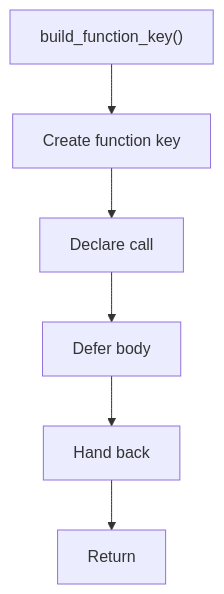
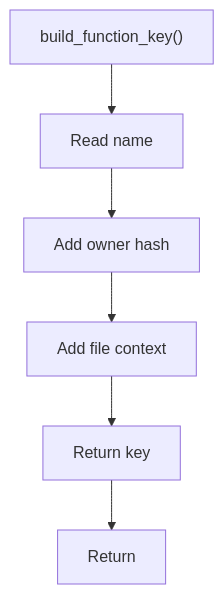
Before and after one commit to JohnAndrewBalbarosa/NeoTerritory: the diagram in docs/Codebase/Microservice/Modules/Header/Analysis/ImplementationUse/Resolution/Symbols/Internal/Flow/functions/build_function_key.hpp.md, drawn with Mermaid. The commit also changed other lines of this file and 147 other files, not shown here.

````diff
--- a/docs/Codebase/Microservice/Modules/Header/Analysis/ImplementationUse/Resolution/Symbols/Internal/Flow/functions/build_function_key.hpp.md
+++ b/docs/Codebase/Microservice/Modules/Header/Analysis/ImplementationUse/Resolution/Symbols/Internal/Flow/functions/build_function_key.hpp.md
@@ -16,14 +23,14 @@
 ```mermaid
 flowchart TD
     Start["build_function_key()"]
-    N0["Create function key"]
-    N1["Declare call"]
-    N2["Defer body"]
-    N3["Hand back"]
+    N0["Read name"]
+    N1["Add owner hash"]
+    N2["Add file context"]
+    N3["Return key"]
     End["Return"]
     Start --> N0
     N0 --> N1
     N1 --> N2
     N2 --> N3
     N3 --> End
 ```
````
